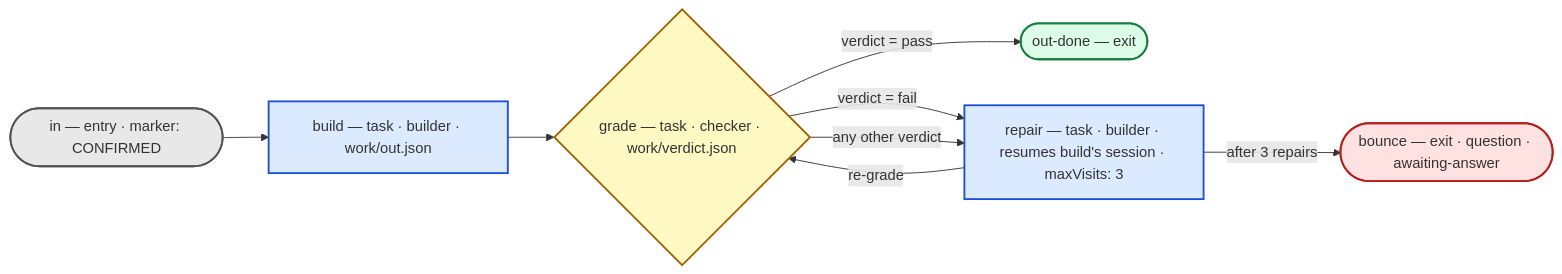
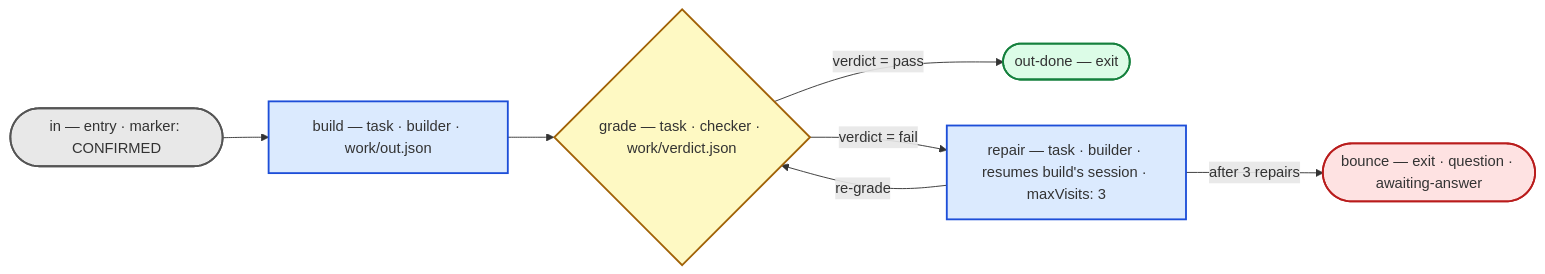
Before and after one commit to GirthquakeMag11/girth-agents: the diagram in engine/README.md, drawn with Mermaid. The commit also changed other lines of this file and 7 other files, not shown here.

````diff
--- a/engine/README.md
+++ b/engine/README.md
@@ -10,17 +10,16 @@
 ```mermaid
 flowchart LR
     classDef entry fill:#e8e8e8,stroke:#555,stroke-width:2px
     classDef task fill:#dbeafe,stroke:#1d4ed8,stroke-width:2px
     classDef decide fill:#fef9c3,stroke:#a16207,stroke-width:2px
     classDef done fill:#dcfce7,stroke:#15803d,stroke-width:2px
     classDef bounce fill:#fee2e2,stroke:#b91c1c,stroke-width:2px
 
     IN(["in — entry · marker: CONFIRMED"]):::entry --> BUILD
     BUILD["build — task · builder · work/out.json"]:::task --> GRADE
     GRADE{"grade — task · checker · work/verdict.json"}:::decide
     GRADE -- "verdict = pass" --> DONE(["out-done — exit"]):::done
     GRADE -- "verdict = fail" --> REPAIR
-    GRADE -- "any other verdict" --> REPAIR
     REPAIR["repair — task · builder · resumes build's session · maxVisits: 3"]:::task -- "re-grade" --> GRADE
     REPAIR -- "after 3 repairs" --> BOUNCE(["bounce — exit · question · awaiting-answer"]):::bounce
 ```
````
